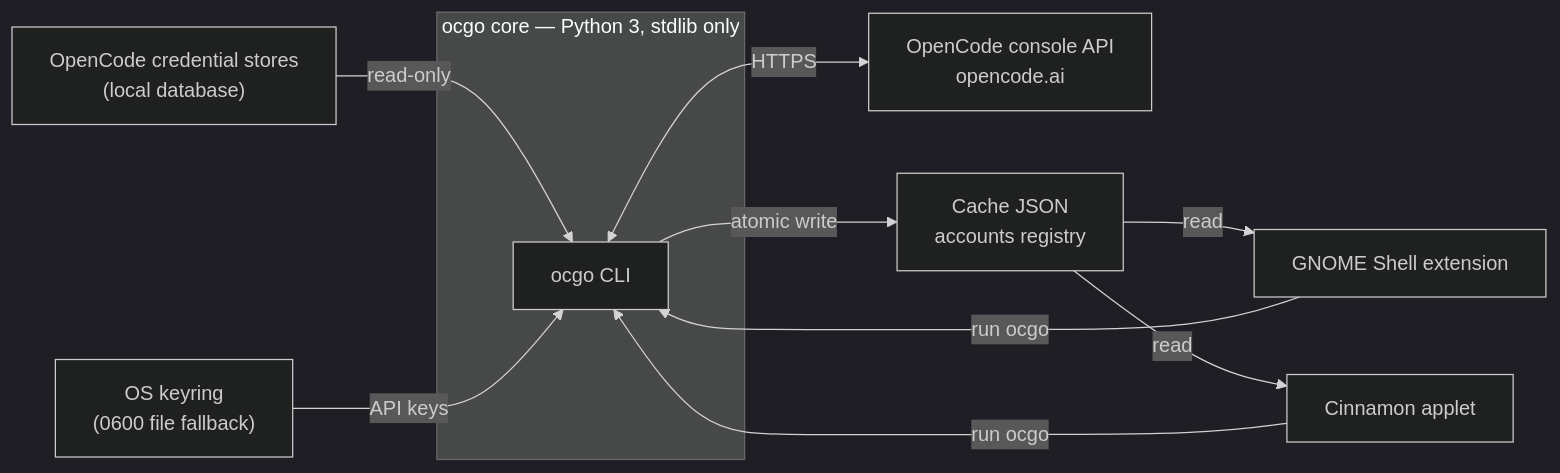
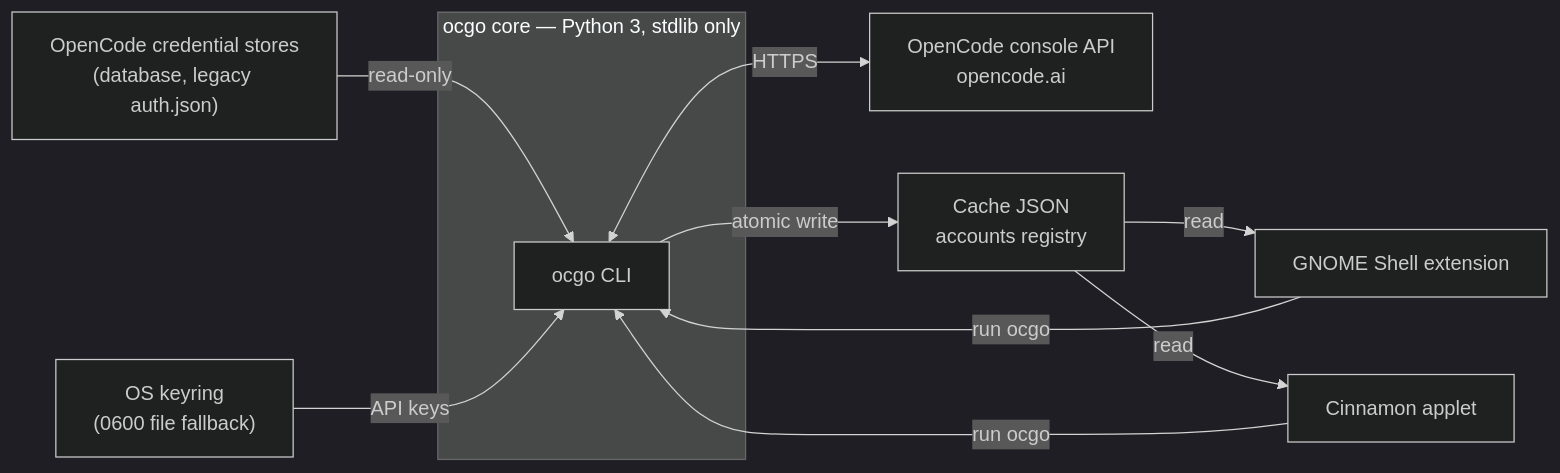
One commit to martinrdilo/opencode-go-meter changed the diagram in docs/01-architecture.md. Above: the diagram before and after it, drawn with Mermaid (dark theme). The commit also changed 1 other file, not shown here.

Commit message:
docs: cover the legacy credential store and the dependency check

````diff
--- a/docs/01-architecture.md
+++ b/docs/01-architecture.md
@@ -21,21 +21,21 @@
 ```mermaid
 flowchart LR
     api["OpenCode console API<br/>opencode.ai"]
-    stores["OpenCode credential stores<br/>(local database)"]
+    stores["OpenCode credential stores<br/>(database, legacy auth.json)"]
     keyring["OS keyring<br/>(0600 file fallback)"]
     subgraph core["ocgo core — Python 3, stdlib only"]
         cli["ocgo CLI"]
     end
     cache["Cache JSON<br/>accounts registry"]
     gnome["GNOME Shell extension"]
     cinnamon["Cinnamon applet"]
 
     stores -->|"read-only"| cli
     keyring -->|"API keys"| cli
     cli <-->|"HTTPS"| api
     cli -->|"atomic write"| cache
     cache -->|"read"| gnome
     cache -->|"read"| cinnamon
     gnome -->|"run ocgo"| cli
     cinnamon -->|"run ocgo"| cli
 ```
````
